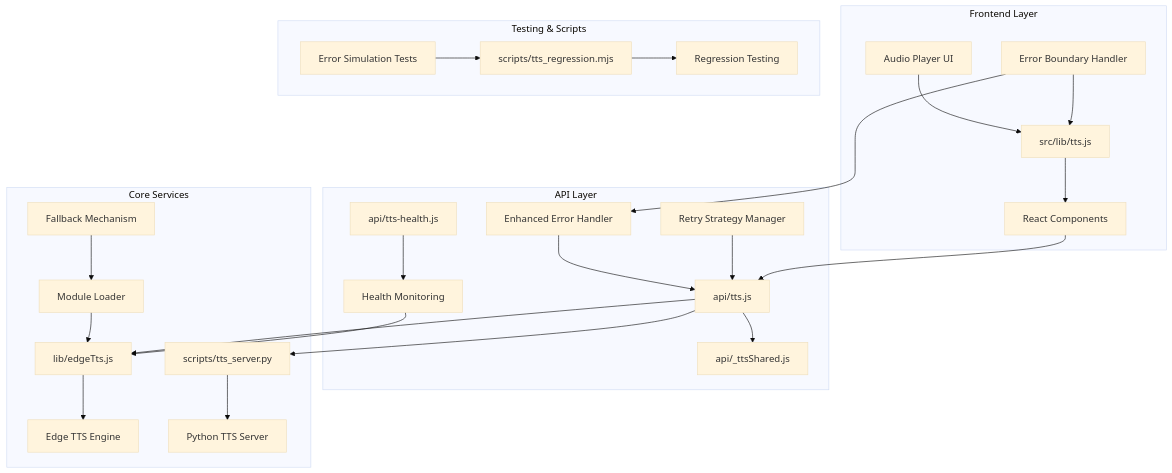
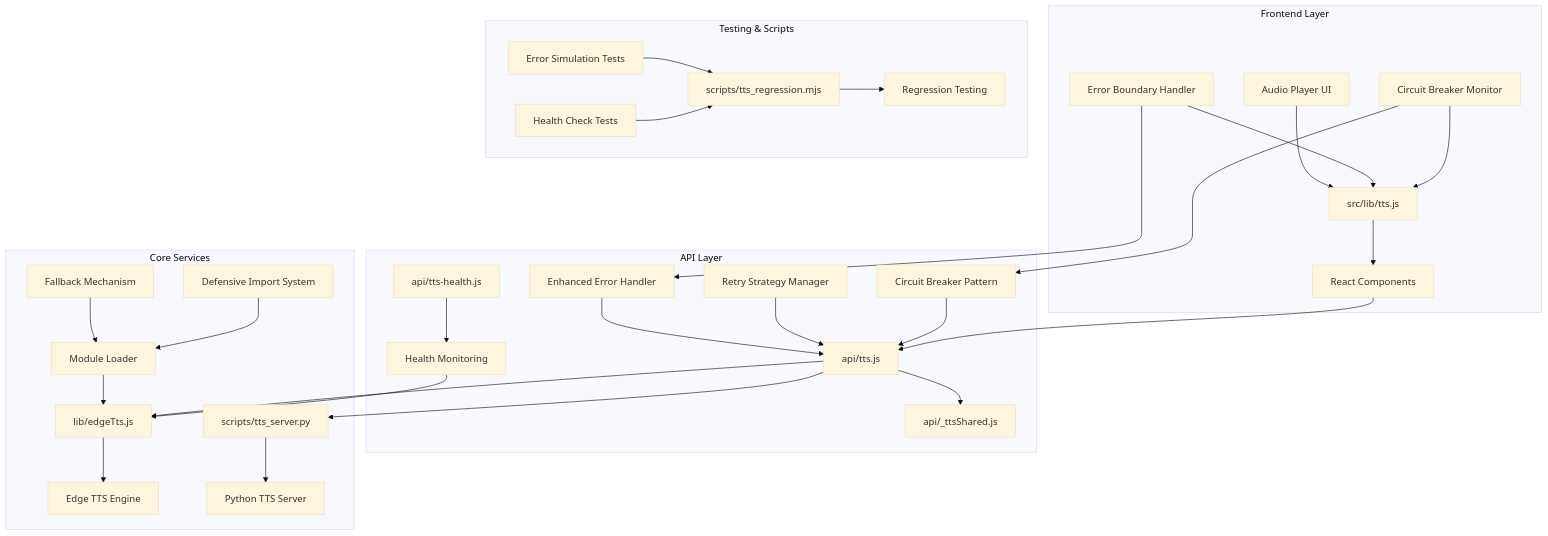
The first of 4 diagrams in .qoder/repowiki/en/content/Core Features/Text-to-Speech Integration.md (zmyeo54/briefroom), drawn with Mermaid (base theme) before and after one commit. The commit also changed other lines of this file and 41 other files, not shown here.

First line of the commit message:
docs(core-features): add detailed documentation for Mindmap Visualization and Onboarding Tour System

````diff
--- a/.qoder/repowiki/en/content/Core Features/Text-to-Speech Integration.md
+++ b/.qoder/repowiki/en/content/Core Features/Text-to-Speech Integration.md
@@ -49,29 +49,34 @@
 ```mermaid
 graph TB
 subgraph "Frontend Layer"
 A[src/lib/tts.js] --> B[React Components]
 C[Audio Player UI] --> A
 D[Error Boundary Handler] --> A
+E[Circuit Breaker Monitor] --> A
 end
 subgraph "API Layer"
-E[api/tts.js] --> F[api/_ttsShared.js]
-G[api/tts-health.js] --> H[Health Monitoring]
-I[Enhanced Error Handler] --> E
-J[Retry Strategy Manager] --> E
+F[api/tts.js] --> G[api/_ttsShared.js]
+H[api/tts-health.js] --> I[Health Monitoring]
+J[Enhanced Error Handler] --> F
+K[Retry Strategy Manager] --> F
+L[Circuit Breaker Pattern] --> F
 end
 subgraph "Core Services"
-K[lib/edgeTts.js] --> L[Edge TTS Engine]
-M[scripts/tts_server.py] --> N[Python TTS Server]
-O[Module Loader] --> K
-P[Fallback Mechanism] --> O
+M[lib/edgeTts.js] --> N[Edge TTS Engine]
+O[scripts/tts_server.py] --> P[Python TTS Server]
+Q[Module Loader] --> M
+R[Fallback Mechanism] --> Q
+S[Defensive Import System] --> Q
 end
 subgraph "Testing & Scripts"
-Q[scripts/tts_regression.mjs] --> R[Regression Testing]
-S[Error Simulation Tests] --> Q
+T[scripts/tts_regression.mjs] --> U[Regression Testing]
+V[Error Simulation Tests] --> T
+W[Health Check Tests] --> T
 end
-B --> E
-E --> K
-E --> M
-H --> K
-D --> I
+B --> F
+F --> M
+F --> O
+I --> M
+D --> J
+E --> L
 ```
````
